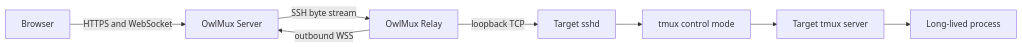
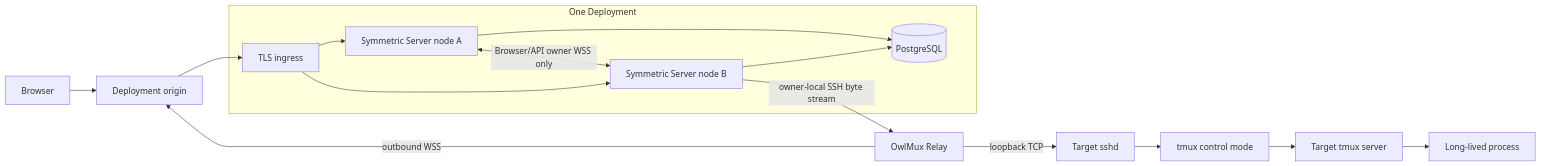
The diagram in docs/guide/architecture.md (Wh1isper/cloud-ssh), drawn with Mermaid before and after one commit. The commit also changed other lines of this file and 36 other files, not shown here.

Commit message:
Simplify OwlMux target architecture

````diff
--- a/docs/guide/architecture.md
+++ b/docs/guide/architecture.md
@@ -24,10 +17,20 @@
 ```mermaid
 flowchart LR
-    browser["Browser"] -->|"HTTPS and WebSocket"| server["OwlMux Server"]
-    relay["OwlMux Relay"] -->|"outbound WSS"| server
-    server -->|"SSH byte stream"| relay
+    browser["Browser"] --> origin["Deployment origin"]
+    relay["OwlMux Relay"] -->|"outbound WSS"| origin
+    origin --> ingress["TLS ingress"]
+
+    subgraph deployment["One Deployment"]
+        ingress --> nodeA["Symmetric Server node A"]
+        ingress --> nodeB["Symmetric Server node B"]
+        nodeA --> postgres[("PostgreSQL")]
+        nodeB --> postgres
+        nodeA <-->|"Browser/API owner WSS only"| nodeB
+    end
+
+    nodeB -->|"owner-local SSH byte stream"| relay
     relay -->|"loopback TCP"| sshd["Target sshd"]
     sshd --> control["tmux control mode"]
     control --> tmux["Target tmux server"]
     tmux --> process["Long-lived process"]
 ```
````
